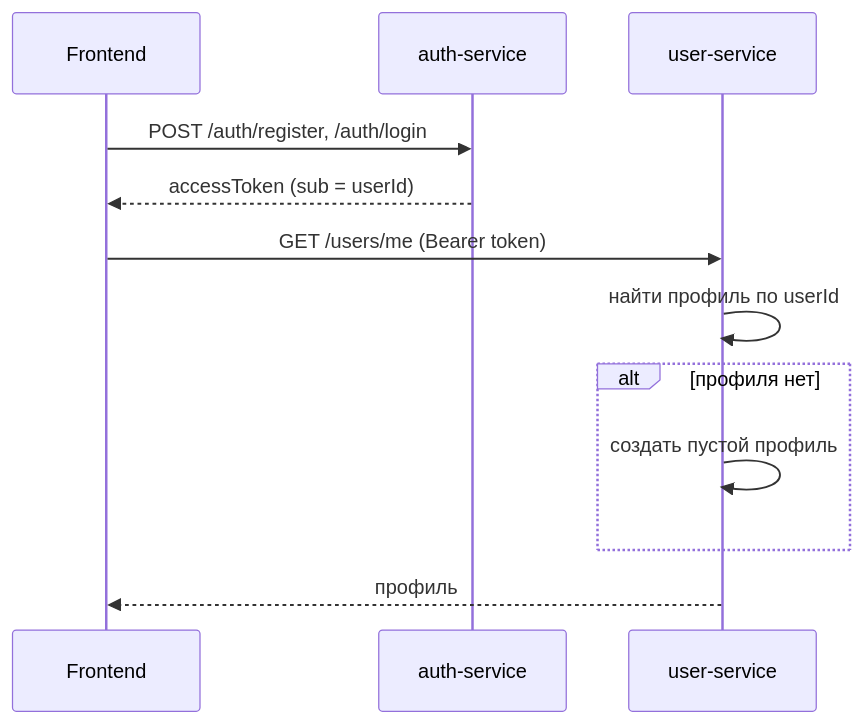
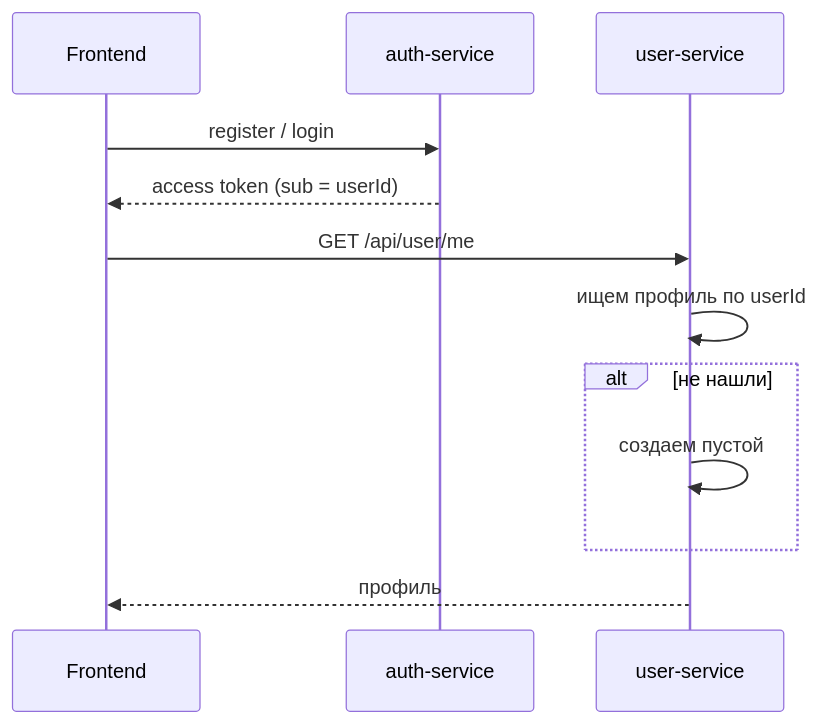
Before and after one commit to iivanov627/TMarketplace: the diagram in services/user-service/README.md, drawn with Mermaid. The commit also changed other lines of this file and 2 other files, not shown here.

Commit message:
user-service: jwt security, port 8083, readme

````diff
--- a/services/user-service/README.md
+++ b/services/user-service/README.md
@@ -18,14 +21,14 @@
 ```mermaid
 sequenceDiagram
     participant F as Frontend
     participant A as auth-service
     participant U as user-service
-    F->>A: POST /auth/register, /auth/login
-    A-->>F: accessToken (sub = userId)
-    F->>U: GET /users/me (Bearer token)
-    U->>U: найти профиль по userId
-    alt профиля нет
-        U->>U: создать пустой профиль
+    F->>A: register / login
+    A-->>F: access token (sub = userId)
+    F->>U: GET /api/user/me
+    U->>U: ищем профиль по userId
+    alt не нашли
+        U->>U: создаем пустой
     end
     U-->>F: профиль
 ```
````
